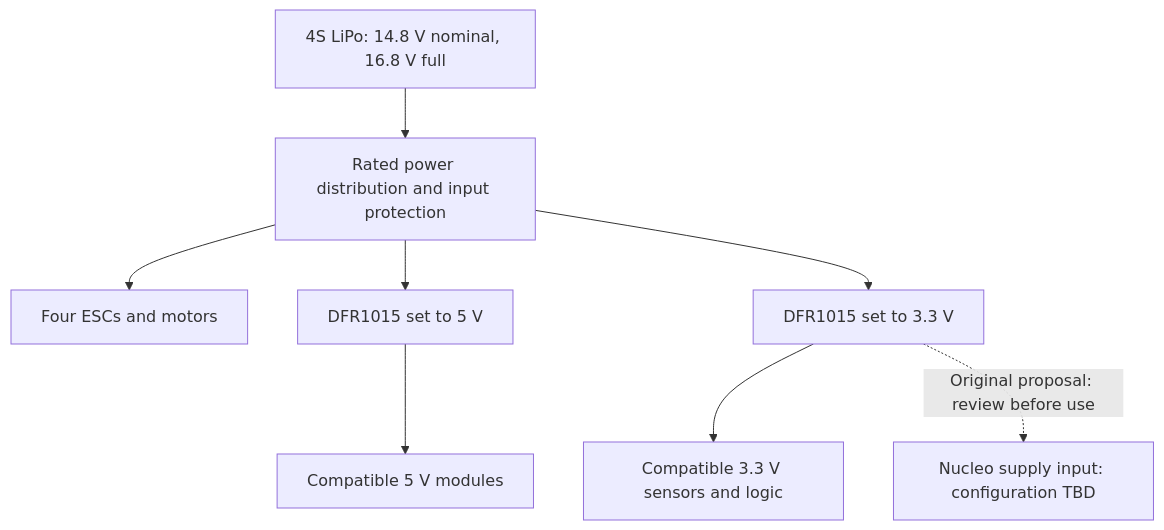
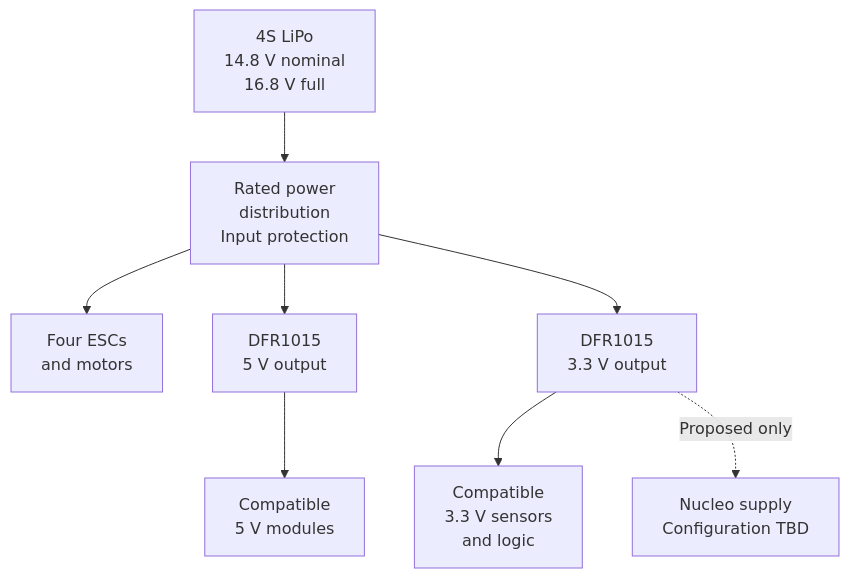
Before and after one commit to mohanan02/MiBeesFly: the second of 2 diagrams in README.md, drawn with Mermaid.

````diff
--- a/README.md
+++ b/README.md
@@ -206,19 +206,39 @@
 ```mermaid
 flowchart TB
-    BAT["4S LiPo: 14.8 V nominal, 16.8 V full"]
-    DIST["Rated power distribution and input protection"]
-    ESC["Four ESCs and motors"]
-    B5["DFR1015 set to 5 V"]
-    B3["DFR1015 set to 3.3 V"]
-    LOAD5["Compatible 5 V modules"]
-    LOAD3["Compatible 3.3 V sensors and logic"]
-    BOARD["Nucleo supply input: configuration TBD"]
+    BAT["`4S LiPo
+14.8 V nominal
+16.8 V full`"]
+
+    DIST["`Rated power
+distribution
+Input protection`"]
+
+    ESC["`Four ESCs
+and motors`"]
+
+    B5["`DFR1015
+5 V output`"]
+
+    B3["`DFR1015
+3.3 V output`"]
+
+    LOAD5["`Compatible
+5 V modules`"]
+
+    LOAD3["`Compatible
+3.3 V sensors
+and logic`"]
+
+    BOARD["`Nucleo supply
+Configuration TBD`"]
 
     BAT --> DIST
     DIST --> ESC
     DIST --> B5
     DIST --> B3
+
     B5 --> LOAD5
     B3 --> LOAD3
-    B3 -.->|"Original proposal: review before use"| BOARD
+
+    B3 -.->|"Proposed only"| BOARD
 ```
````
